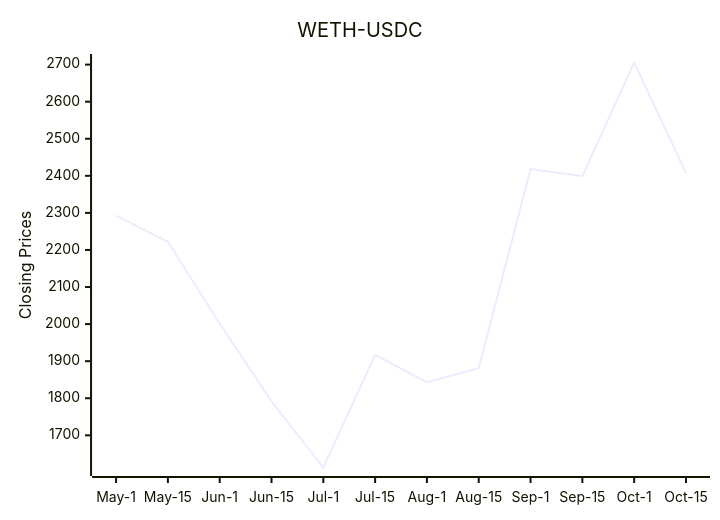
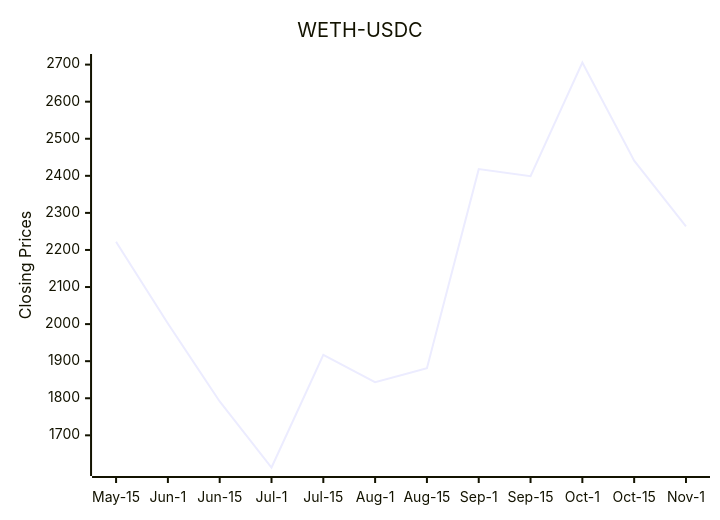
Before and after one commit to bicced/ReadmeCryptoPriceChart: the diagram in README.md, drawn with Mermaid.

Commit message:
Update README with latest DEX data

````diff
--- a/README.md
+++ b/README.md
@@ -6,7 +6,7 @@
 ```mermaid
 xychart-beta
   title "WETH-USDC"
-  x-axis [May-1,May-15,Jun-1,Jun-15,Jul-1,Jul-15,Aug-1,Aug-15,Sep-1,Sep-15,Oct-1,Oct-15]
+  x-axis [May-15,Jun-1,Jun-15,Jul-1,Jul-15,Aug-1,Aug-15,Sep-1,Sep-15,Oct-1,Oct-15,Nov-1]
   y-axis "Closing Prices" 1613.19126791519 --> 2705.69
-  line [2292.65162475032,2221.95469456272,2001.52516545443,1791.29479125771,1613.19126791519,1916.83,1843.3,1880.86,2418.05,2399.07,2705.69,2407.49]
+  line [2221.95469456272,2001.52516545443,1791.29479125771,1613.19126791519,1916.83,1843.3,1880.86,2418.05,2399.07,2705.69,2440.96,2263.69]
 ```
````
